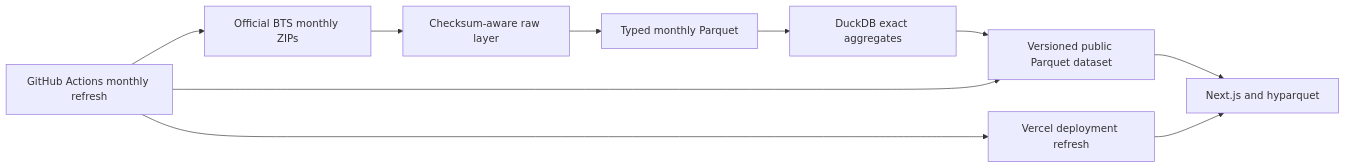
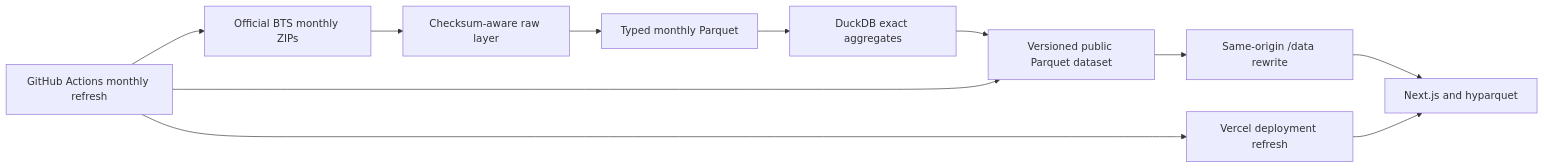
One commit to heybadrinath/arrival-atlas changed the diagram in README.md. Above: the diagram before and after it, drawn with Mermaid. The commit also changed other lines of this file and 9 other files, not shown here.

Commit message:
fix: proxy data through app origin

````diff
--- a/README.md
+++ b/README.md
@@ -75,12 +75,13 @@
 ```mermaid
 flowchart LR
   BTS["Official BTS monthly ZIPs"] --> RAW["Checksum-aware raw layer"]
   RAW --> CLEAN["Typed monthly Parquet"]
   CLEAN --> DUCK["DuckDB exact aggregates"]
   DUCK --> DATA["Versioned public Parquet dataset"]
-  DATA --> WEB["Next.js and hyparquet"]
+  DATA --> PROXY["Same-origin /data rewrite"]
+  PROXY --> WEB["Next.js and hyparquet"]
   GH["GitHub Actions monthly refresh"] --> BTS
   GH --> DATA
   GH --> VERCEL["Vercel deployment refresh"]
   VERCEL --> WEB
 ```
````
